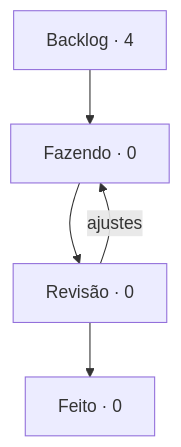
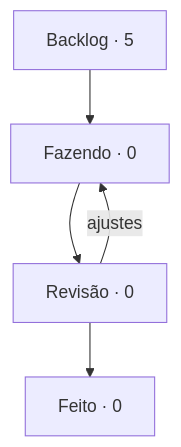
One commit to StudioVibi/VibiKanban changed the diagram in boards/dungeon-bend/BOARD.md. Above: the diagram before and after it, drawn with Mermaid. The commit also changed other lines of this file and 2 other files, not shown here.

````diff
--- a/boards/dungeon-bend/BOARD.md
+++ b/boards/dungeon-bend/BOARD.md
@@ -5,10 +5,10 @@
 ```mermaid
 flowchart TD
-  backlog["Backlog · 4"] --> doing["Fazendo · 0"]
+  backlog["Backlog · 5"] --> doing["Fazendo · 0"]
   doing --> review["Revisão · 0"]
   review --> done["Feito · 0"]
   review -->|ajustes| doing
   doing:::blue
   review:::yellow
   done:::green
 ```
````
